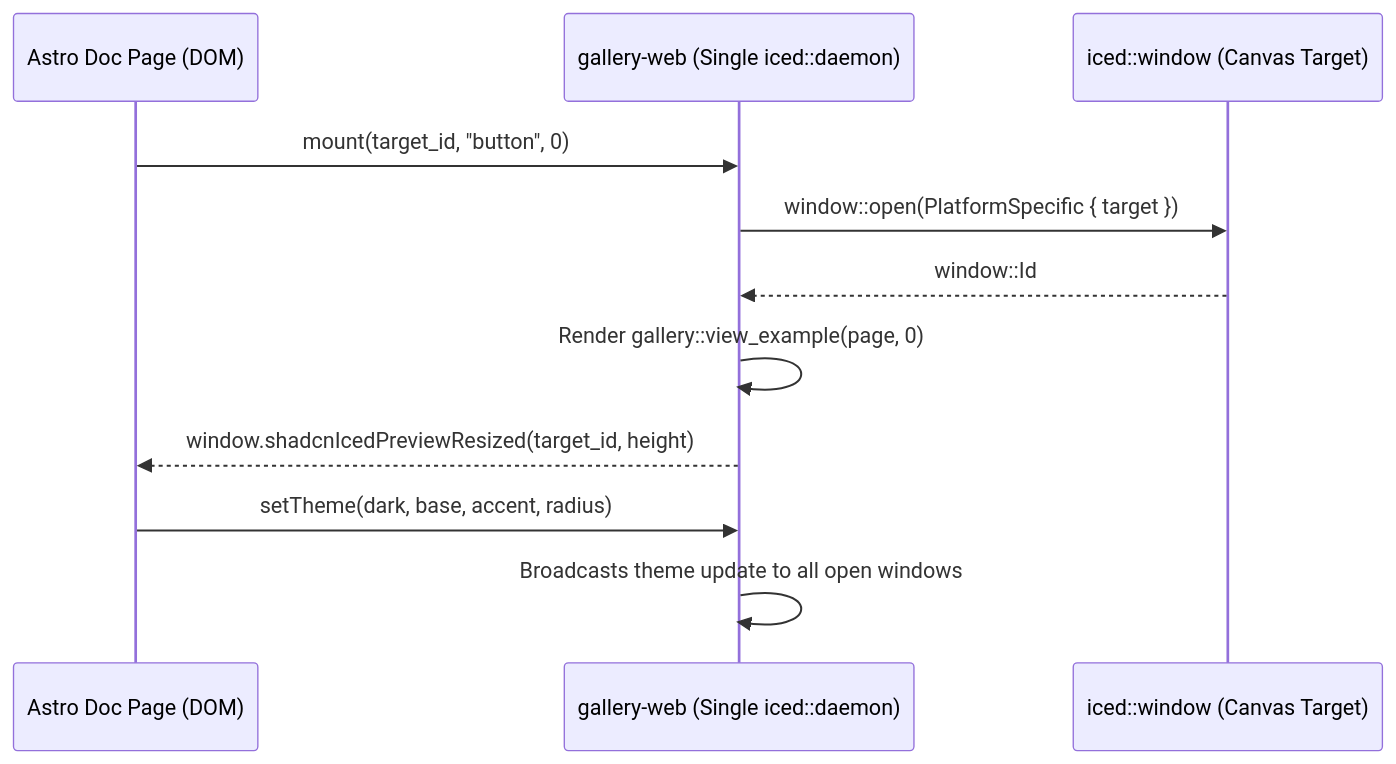
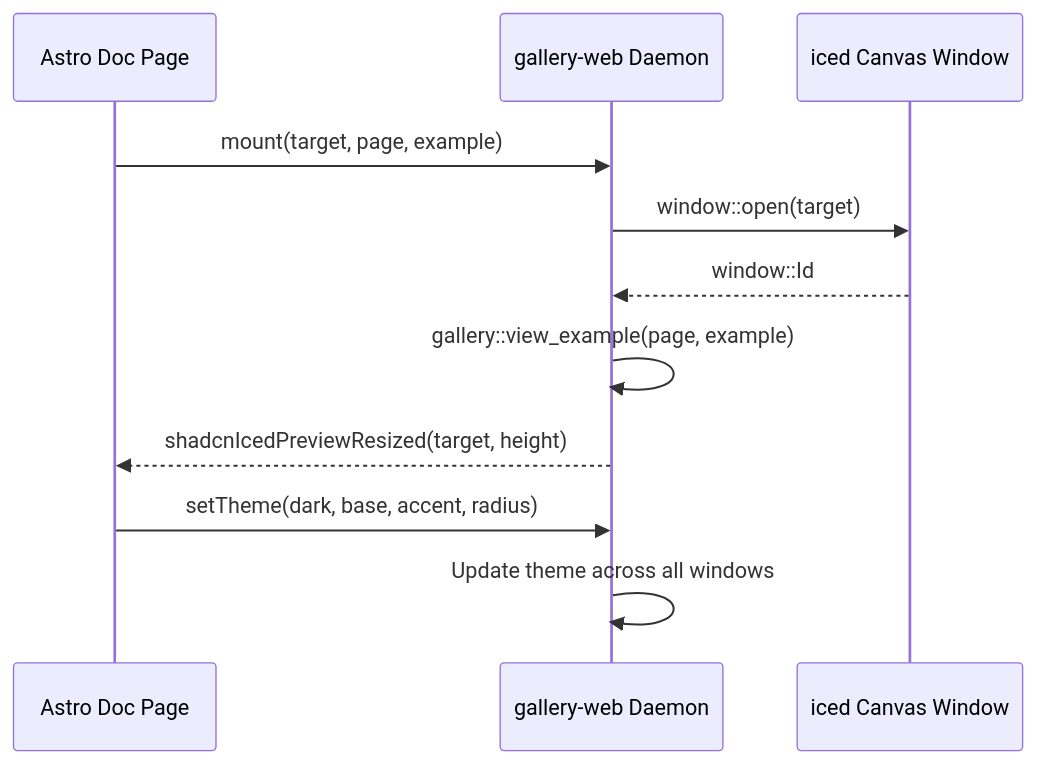
The fifth of 5 diagrams in docs/architecture.md (r4ai/shadcn-iced), drawn with Mermaid before and after one commit. The commit also changed other lines of this file and 13 other files, not shown here.

Commit message:
docs: unify screenshots in dark mode, fix mermaid diagrams, and refine list/table formatting

````diff
--- a/docs/architecture.md
+++ b/docs/architecture.md
@@ -212,14 +222,14 @@
 ```mermaid
 sequenceDiagram
-    participant Astro as Astro Doc Page (DOM)
-    participant WASM as gallery-web (Single iced::daemon)
-    participant Window as iced::window (Canvas Target)
+    participant Page as Astro Doc Page
+    participant WASM as gallery-web Daemon
+    participant Canvas as iced Canvas Window
 
-    Astro->>WASM: mount(target_id, "button", 0)
-    WASM->>Window: window::open(PlatformSpecific { target })
-    Window-->>WASM: window::Id
-    WASM->>WASM: Render gallery::view_example(page, 0)
-    WASM-->>Astro: window.shadcnIcedPreviewResized(target_id, height)
-    Astro->>WASM: setTheme(dark, base, accent, radius)
-    WASM->>WASM: Broadcasts theme update to all open windows
+    Page->>WASM: mount(target, page, example)
+    WASM->>Canvas: window::open(target)
+    Canvas-->>WASM: window::Id
+    WASM->>WASM: gallery::view_example(page, example)
+    WASM-->>Page: shadcnIcedPreviewResized(target, height)
+    Page->>WASM: setTheme(dark, base, accent, radius)
+    WASM->>WASM: Update theme across all windows
 ```
````
